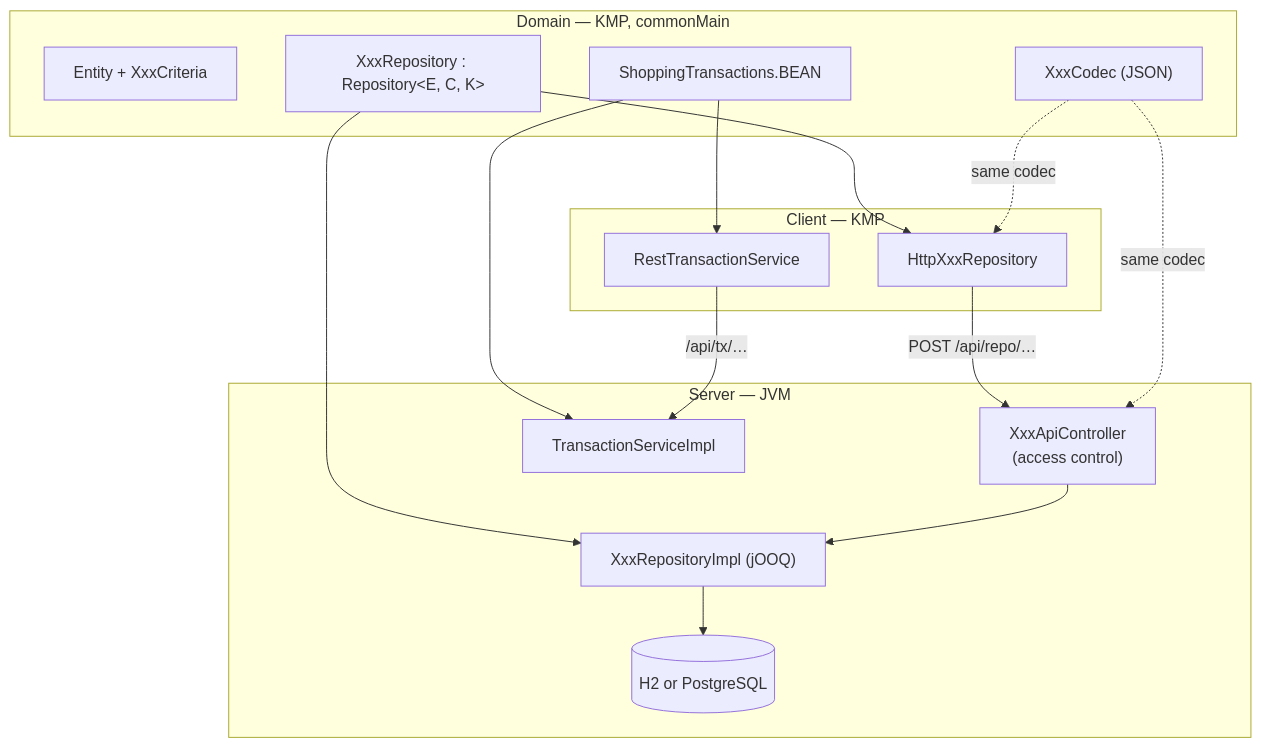
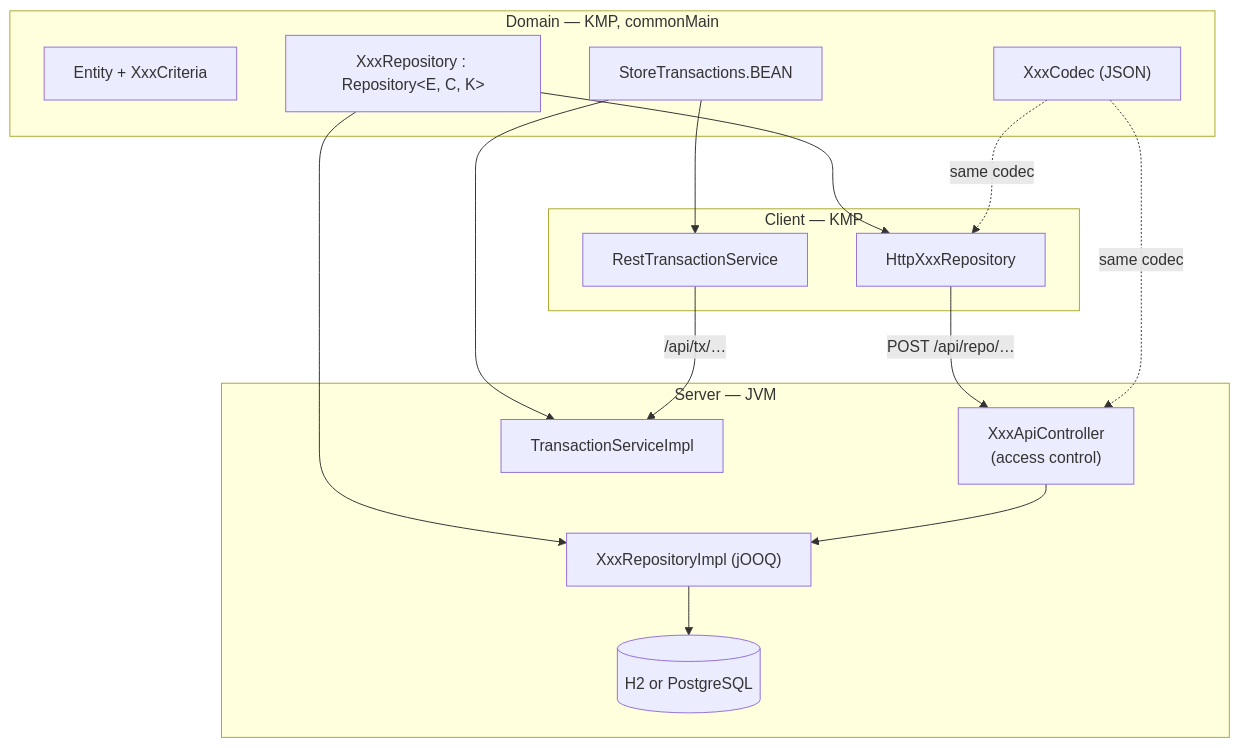
Before and after one commit to mrcdom/wdc-cube-kotlin: the diagram in docs/architecture-persistence.md, drawn with Mermaid. The commit also changed other lines of this file and 957 other files, not shown here.

````diff
--- a/docs/architecture-persistence.md
+++ b/docs/architecture-persistence.md
@@ -26,32 +26,32 @@
 ```mermaid
 graph TB
     subgraph "Domain — KMP, commonMain"
         ENT["Entity + XxxCriteria"]
         REPO["XxxRepository : Repository&lt;E, C, K&gt;"]
         CODEC["XxxCodec (JSON)"]
-        TX["ShoppingTransactions.BEAN"]
+        TX["StoreTransactions.BEAN"]
     end
 
     subgraph "Server — JVM"
         IMPL["XxxRepositoryImpl (jOOQ)"]
         CTRL["XxxApiController<br/>(access control)"]
         TXS["TransactionServiceImpl"]
         DB[("H2 or PostgreSQL")]
     end
 
     subgraph "Client — KMP"
         HTTP["HttpXxxRepository"]
         RTX["RestTransactionService"]
     end
 
     REPO --> IMPL
     REPO --> HTTP
     IMPL --> DB
     CTRL --> IMPL
     HTTP -- "POST /api/repo/…" --> CTRL
     CODEC -. "same codec" .-> CTRL
     CODEC -. "same codec" .-> HTTP
     TX --> TXS
     TX --> RTX
     RTX -- "/api/tx/…" --> TXS
 ```
````
